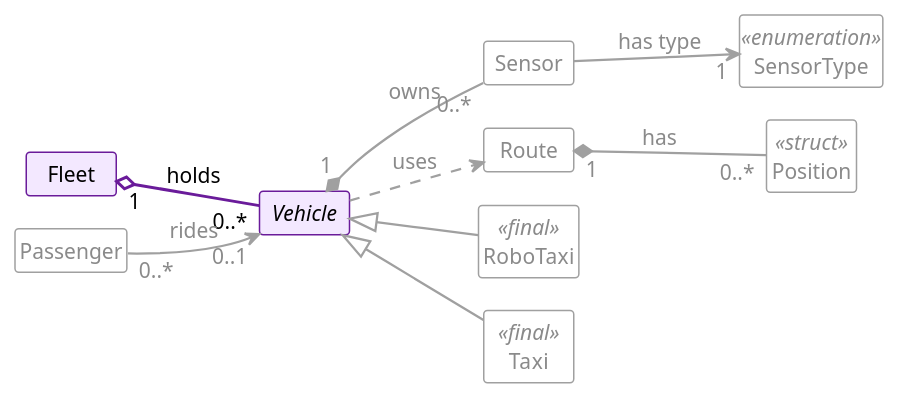
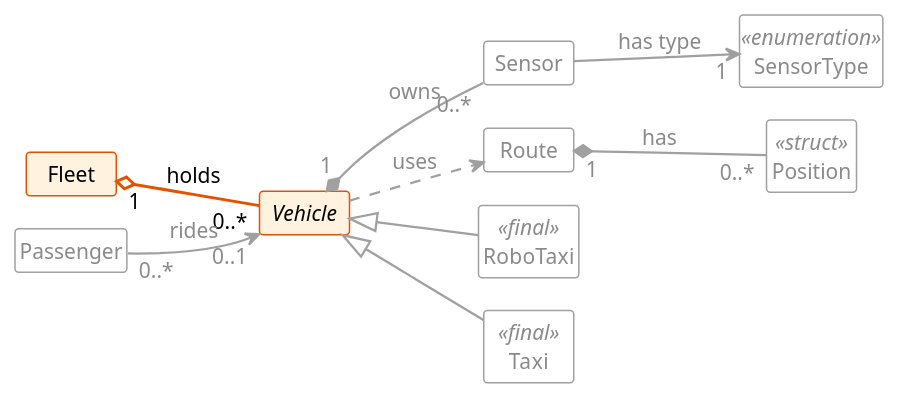
The diagram in project/week9/uml/model_l9_aggregation.plantuml (zeidk/enpm702-fall-2026-cpp), drawn with PlantUML before and after one commit. The commit also changed 28 other files, not shown here.

First line of the commit message:
week9: RoboTaxi zone and automation level, find and erase_if examples, new slide numbers

```diff
--- a/project/week9/uml/model_l9_aggregation.plantuml
+++ b/project/week9/uml/model_l9_aggregation.plantuml
@@ -1,91 +1,93 @@
 @startuml model_l9_aggregation
 ' Generated for the slides.
 !theme mono
 skinparam backgroundColor white
 skinparam defaultFontName "Fira Sans"
 skinparam defaultFontSize 14
 skinparam shadowing false
 skinparam classAttributeIconSize 0
 skinparam nodesep 22
 skinparam ranksep 50
 skinparam ArrowThickness 1.5
 hide circle
 hide members
 skinparam minClassWidth 60
 skinparam classStereotypeFontSize 14
 left to right direction
 
-class Fleet #back:F3E8FF;line:6A1B9A;text:000000 {
+class Fleet #back:FFF3E0;line:E65100;text:000000 {
   - vehicles_ : vector<shared_ptr<Vehicle>>
   + add(shared_ptr<Vehicle>) : void
   + remove(int) : bool
   + size() : size_t
 }
 class Passenger #back:FFFFFF;line:A0A0A0;text:8A8A8A {
   - name_ : string
   - ride_ : weak_ptr<Vehicle>
   + board(shared_ptr<Vehicle>) : void
   + leave() : void
 }
-abstract class Vehicle #back:F3E8FF;line:6A1B9A;text:000000 {
+abstract class Vehicle #back:FFF3E0;line:E65100;text:000000 {
   - id_ : int
   - {static} next_id_ : int
   - max_speed_ : double
   - speed_ : double
   - color_ : string
   - mileage_ : double
   - sensors_ : vector<unique_ptr<Sensor>>
   + Vehicle(double)
   + get_id() : int
   + get_color() : const string&
   + get_max_speed() : double
   + get_speed() : double
   + set_speed(double) : void
   + get_mileage() : double
   + add_mileage(double) : void
   + add_sensor(SensorType, double) : int
   + sensor_count() : size_t
   + get_sensors() : const vector<unique_ptr<Sensor>>&
   + {abstract} drive(const Route&) : void
   # log_event(const string&) : void
 }
 class Sensor #back:FFFFFF;line:A0A0A0;text:8A8A8A {
   - id_ : int
   - type_ : SensorType
   - range_ : double
   + Sensor(int, SensorType, double)
   + get_id() : int
   + get_type() : SensorType
   + get_range() : double
 }
 enum SensorType <<enumeration>> #back:FFFFFF;line:A0A0A0;text:8A8A8A {
   lidar
   camera
   radar
 }
 class Route #back:FFFFFF;line:A0A0A0;text:8A8A8A {
   - waypoints_ : vector<Position>
   + add(Position) : void
   + length() : double
 }
 class Position <<struct>> #back:FFFFFF;line:A0A0A0;text:8A8A8A {
   + x : double
   + y : double
 }
 class RoboTaxi <<final>> #back:FFFFFF;line:A0A0A0;text:8A8A8A {
+  - operating_zone_ : string
+  - automation_level_ : int
   + drive(const Route&) : void
 }
 class Taxi <<final>> #back:FFFFFF;line:A0A0A0;text:8A8A8A {
   - driver_name_ : string
   + drive(const Route&) : void
 }
 
-Fleet "<color:#000000>1</color>" o-[#6A1B9A,thickness=2]- "<color:#000000>0..*</color>" Vehicle : <color:#000000>holds</color>
+Fleet "<color:#000000>1</color>" o-[#E65100,thickness=2]- "<color:#000000>0..*</color>" Vehicle : <color:#000000>holds</color>
 Passenger "<color:#8A8A8A>0..*</color>" -[#A0A0A0]-> "<color:#8A8A8A>0..1</color>" Vehicle : <color:#8A8A8A>rides</color>
 Vehicle "<color:#8A8A8A>1</color>" *-[#A0A0A0]- "<color:#8A8A8A>0..*</color>" Sensor : <color:#8A8A8A>owns</color>
 Vehicle .[#A0A0A0].> Route : <color:#8A8A8A>uses</color>
 Route "<color:#8A8A8A>1</color>" *-[#A0A0A0]- "<color:#8A8A8A>0..*</color>" Position : <color:#8A8A8A>has</color>
 Sensor -[#A0A0A0]-> "<color:#8A8A8A>1</color>" SensorType : <color:#8A8A8A>has type</color>
 Vehicle <|-[#A0A0A0]- RoboTaxi
 Vehicle <|-[#A0A0A0]- Taxi
 @enduml
```
